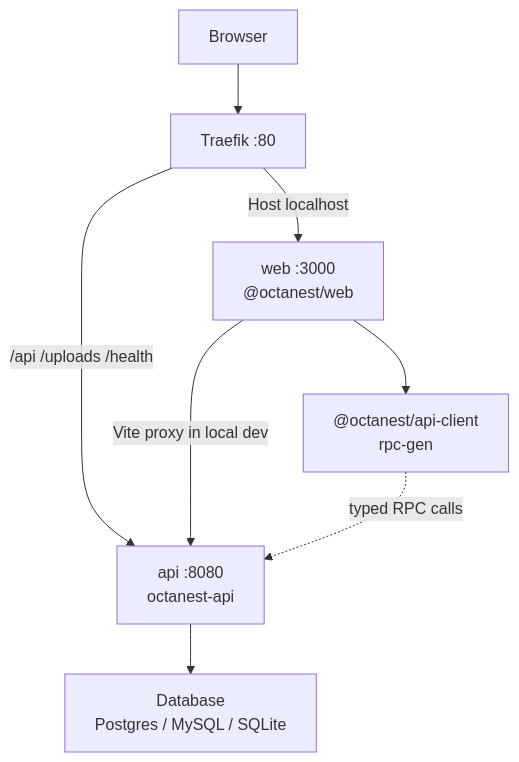
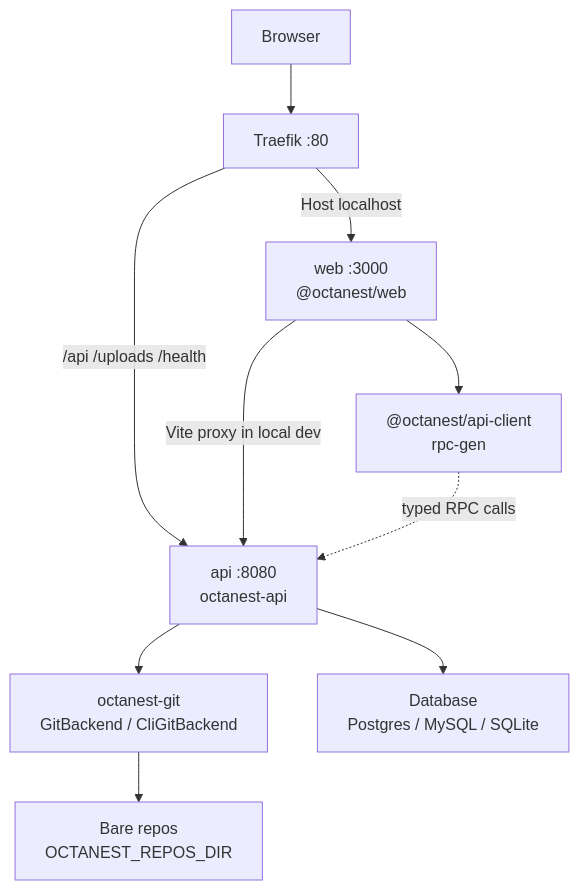
The diagram in docs/ARCHITECTURE.md (Octanest-Git/Octanest), drawn with Mermaid before and after one commit. The commit also changed other lines of this file and 1 other file, not shown here.

First line of the commit message:
docs(07-11): document GitBackend CLI-primary architecture (D-32)

````diff
--- a/docs/ARCHITECTURE.md
+++ b/docs/ARCHITECTURE.md
@@ -10,17 +10,21 @@
 ```mermaid
 graph TD
   Browser["Browser"]
   Traefik["Traefik :80"]
   Web["web :3000<br/>@octanest/web"]
   Api["api :8080<br/>octanest-api"]
+  Git["octanest-git<br/>GitBackend / CliGitBackend"]
+  Repos["Bare repos<br/>OCTANEST_REPOS_DIR"]
   Db["Database<br/>Postgres / MySQL / SQLite"]
   Client["@octanest/api-client<br/>rpc-gen"]
 
   Browser --> Traefik
   Traefik -->|"Host localhost"| Web
   Traefik -->|"/api /uploads /health"| Api
   Web -->|"Vite proxy in local dev"| Api
   Client -.->|"typed RPC calls"| Api
   Web --> Client
   Api --> Db
+  Api --> Git
+  Git --> Repos
 ```
````
